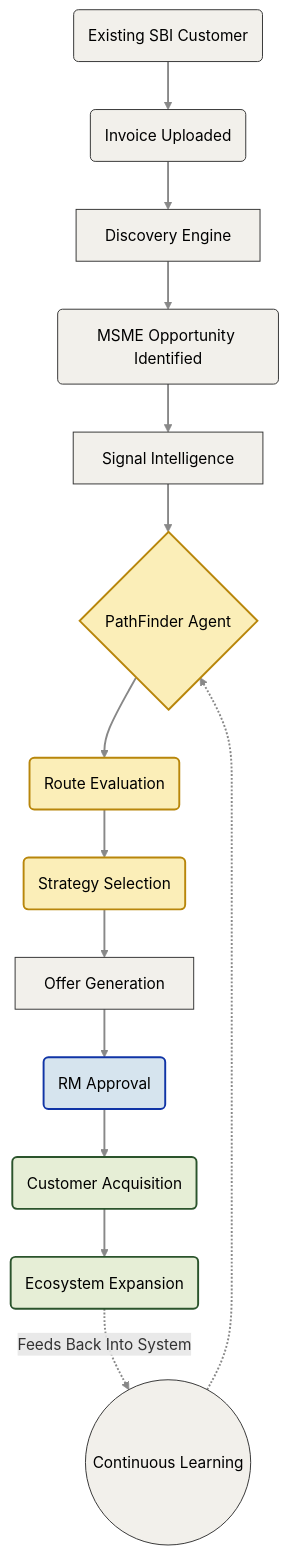
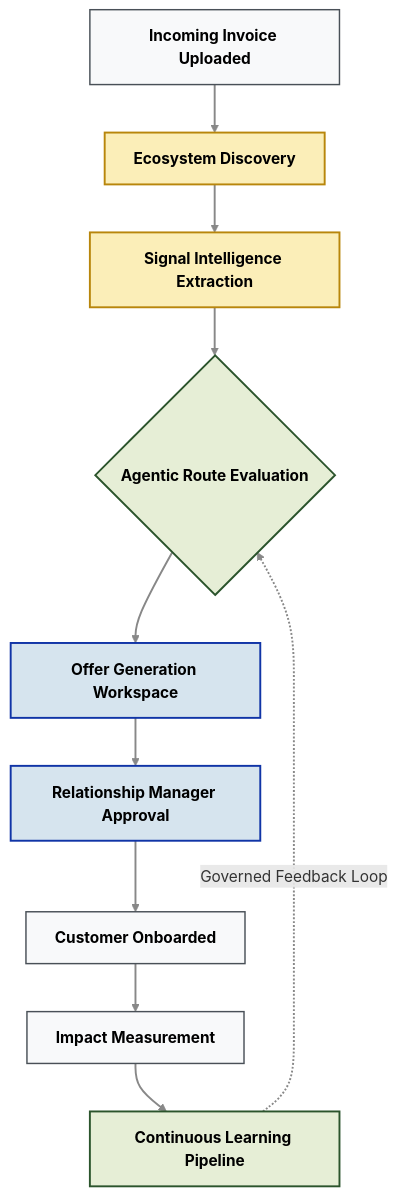
Before and after one commit to BlackIron007/sahaj-pathfinder: the diagram in presentation/Demo_Storyboard.md, drawn with Mermaid. The commit also changed other lines of this file, not shown here.

````diff
--- a/presentation/Demo_Storyboard.md
+++ b/presentation/Demo_Storyboard.md
@@ -89,24 +110,19 @@
 ```mermaid
 flowchart TD
-    %% Theme-Safe Styling (Visible on dark/light themes)
-    classDef default fill:#f2f0eb,stroke:#333,stroke-width:1px,color:#000;
-    classDef highlight fill:#d6e4ee,stroke:#1034a6,stroke-width:2px,color:#000;
-    classDef agent fill:#fbeeb8,stroke:#b8860b,stroke-width:2px,color:#000;
-    classDef success fill:#e6eed6,stroke:#2b542c,stroke-width:2px,color:#000;
+    %% Theme-Safe Styling
+    classDef default fill:#f8f9fa,stroke:#495057,stroke-width:1.5px,color:#000,font-weight:bold;
+    classDef discovery fill:#fbeeb8,stroke:#b8860b,stroke-width:2px,color:#000;
+    classDef reasoning fill:#e6eed6,stroke:#2b542c,stroke-width:2px,color:#000;
+    classDef action fill:#d6e4ee,stroke:#1034a6,stroke-width:2px,color:#000;
     linkStyle default stroke:#888,stroke-width:2px;
 
-    A(Existing SBI Customer) --> B(Invoice Uploaded)
-    B --> C[Discovery Engine]
-    C --> D(MSME Opportunity Identified)
-    D --> E[Signal Intelligence]
-    E --> F{PathFinder Agent}:::agent
-    F --> G(Route Evaluation):::agent
-    G --> H(Strategy Selection):::agent
-    H --> I[Offer Generation]
-    I --> J(RM Approval):::highlight
-    J --> K(Customer Acquisition):::success
-    K --> L(Ecosystem Expansion):::success
-    L -.->|Feeds Back Into System| M((Continuous Learning))
-    M -.-> F
-
+    A[Incoming Invoice Uploaded]:::default --> B[Ecosystem Discovery]:::discovery
+    B --> C[Signal Intelligence Extraction]:::discovery
+    C --> D{Agentic Route Evaluation}:::reasoning
+    D --> E[Offer Generation Workspace]:::action
+    E --> F[Relationship Manager Approval]:::action
+    F --> G[Customer Onboarded]:::default
+    G --> H[Impact Measurement]:::default
+    H --> I[Continuous Learning Pipeline]:::reasoning
+    I -.->|Governed Feedback Loop| D
 ```
````
